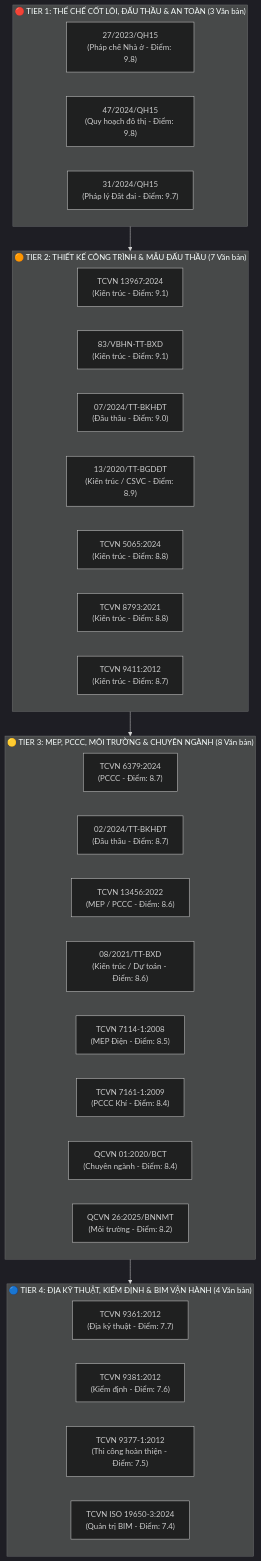
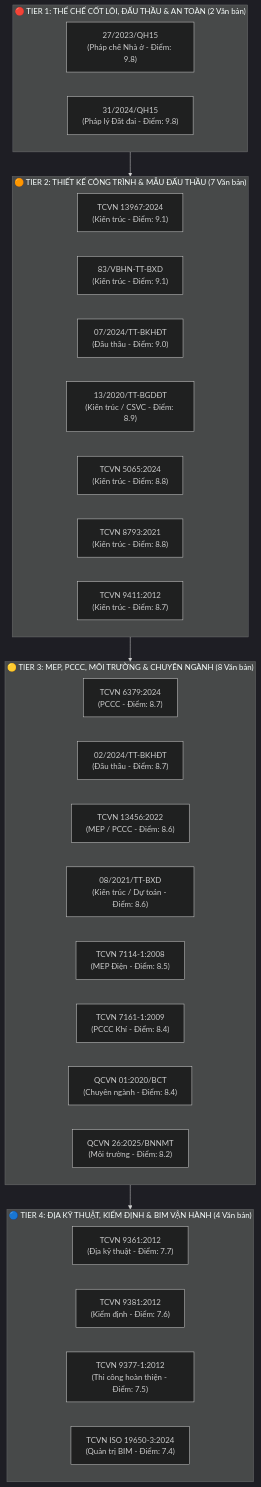
One commit to vvChu/ccba-legal-knowledge changed the diagram in .md/knowledge/expansion_roadmap.md. Above: the diagram before and after it, drawn with Mermaid (dark theme). The commit also changed other lines of this file and 7 other files, not shown here.

Commit message:
feat(legal): ingest Luật Quy hoạch đô thị và nông thôn 2024 (47/2024/QH15) bundle under OKF v2.4 Universal

````diff
--- a/.md/knowledge/expansion_roadmap.md
+++ b/.md/knowledge/expansion_roadmap.md
@@ -23,40 +23,39 @@
 ```mermaid
 graph TD
-    subgraph T1["🔴 TIER 1: THỂ CHẾ CỐT LÕI, ĐẤU THẦU & AN TOÀN (3 Văn bản)"]
+    subgraph T1["🔴 TIER 1: THỂ CHẾ CỐT LÕI, ĐẤU THẦU & AN TOÀN (2 Văn bản)"]
         T1_1["27/2023/QH15<br/>(Pháp chế Nhà ở - Điểm: 9.8)"]
-        T1_2["47/2024/QH15<br/>(Quy hoạch đô thị - Điểm: 9.8)"]
-        T1_3["31/2024/QH15<br/>(Pháp lý Đất đai - Điểm: 9.7)"]
+        T1_2["31/2024/QH15<br/>(Pháp lý Đất đai - Điểm: 9.8)"]
     end
 
     subgraph T2["🟠 TIER 2: THIẾT KẾ CÔNG TRÌNH & MẪU ĐẤU THẦU (7 Văn bản)"]
         T2_1["TCVN 13967:2024<br/>(Kiến trúc - Điểm: 9.1)"]
         T2_2["83/VBHN-TT-BXD<br/>(Kiến trúc - Điểm: 9.1)"]
         T2_3["07/2024/TT-BKHĐT<br/>(Đấu thầu - Điểm: 9.0)"]
         T2_4["13/2020/TT-BGDĐT<br/>(Kiến trúc / CSVC - Điểm: 8.9)"]
         T2_5["TCVN 5065:2024<br/>(Kiến trúc - Điểm: 8.8)"]
         T2_6["TCVN 8793:2021<br/>(Kiến trúc - Điểm: 8.8)"]
         T2_7["TCVN 9411:2012<br/>(Kiến trúc - Điểm: 8.7)"]
     end
 
     subgraph T3["🟡 TIER 3: MEP, PCCC, MÔI TRƯỜNG & CHUYÊN NGÀNH (8 Văn bản)"]
         T3_1["TCVN 6379:2024<br/>(PCCC - Điểm: 8.7)"]
         T3_2["02/2024/TT-BKHĐT<br/>(Đấu thầu - Điểm: 8.7)"]
         T3_3["TCVN 13456:2022<br/>(MEP / PCCC - Điểm: 8.6)"]
         T3_4["08/2021/TT-BXD<br/>(Kiến trúc / Dự toán - Điểm: 8.6)"]
         T3_5["TCVN 7114-1:2008<br/>(MEP Điện - Điểm: 8.5)"]
         T3_6["TCVN 7161-1:2009<br/>(PCCC Khí - Điểm: 8.4)"]
         T3_7["QCVN 01:2020/BCT<br/>(Chuyên ngành - Điểm: 8.4)"]
         T3_8["QCVN 26:2025/BNNMT<br/>(Môi trường - Điểm: 8.2)"]
     end
 
     subgraph T4["🔵 TIER 4: ĐỊA KỸ THUẬT, KIỂM ĐỊNH & BIM VẬN HÀNH (4 Văn bản)"]
         T4_1["TCVN 9361:2012<br/>(Địa kỹ thuật - Điểm: 7.7)"]
         T4_2["TCVN 9381:2012<br/>(Kiểm định - Điểm: 7.6)"]
         T4_3["TCVN 9377-1:2012<br/>(Thi công hoàn thiện - Điểm: 7.5)"]
         T4_4["TCVN ISO 19650-3:2024<br/>(Quản trị BIM - Điểm: 7.4)"]
     end
 
     T1 --> T2
     T2 --> T3
     T3 --> T4
 ```
````
